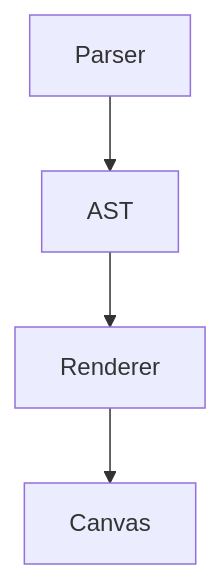
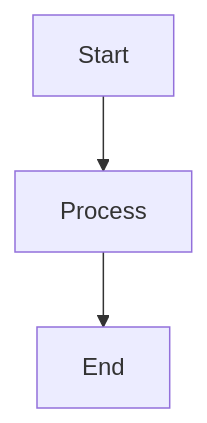
The diagram in tests/compliance/test_full_demo.md (antarien/ase-markdown), drawn with Mermaid before and after one commit. The commit also changed other lines of this file and 13 other files, not shown here.

````diff
--- a/tests/compliance/test_full_demo.md
+++ b/tests/compliance/test_full_demo.md
@@ -105,6 +36,5 @@
 ```mermaid
 flowchart TD
-    A[Parser] --> B[AST]
-    B --> C[Renderer]
-    C --> D[Canvas]
+    A[Start] --> B[Process]
+    B --> C[End]
 ```
````
